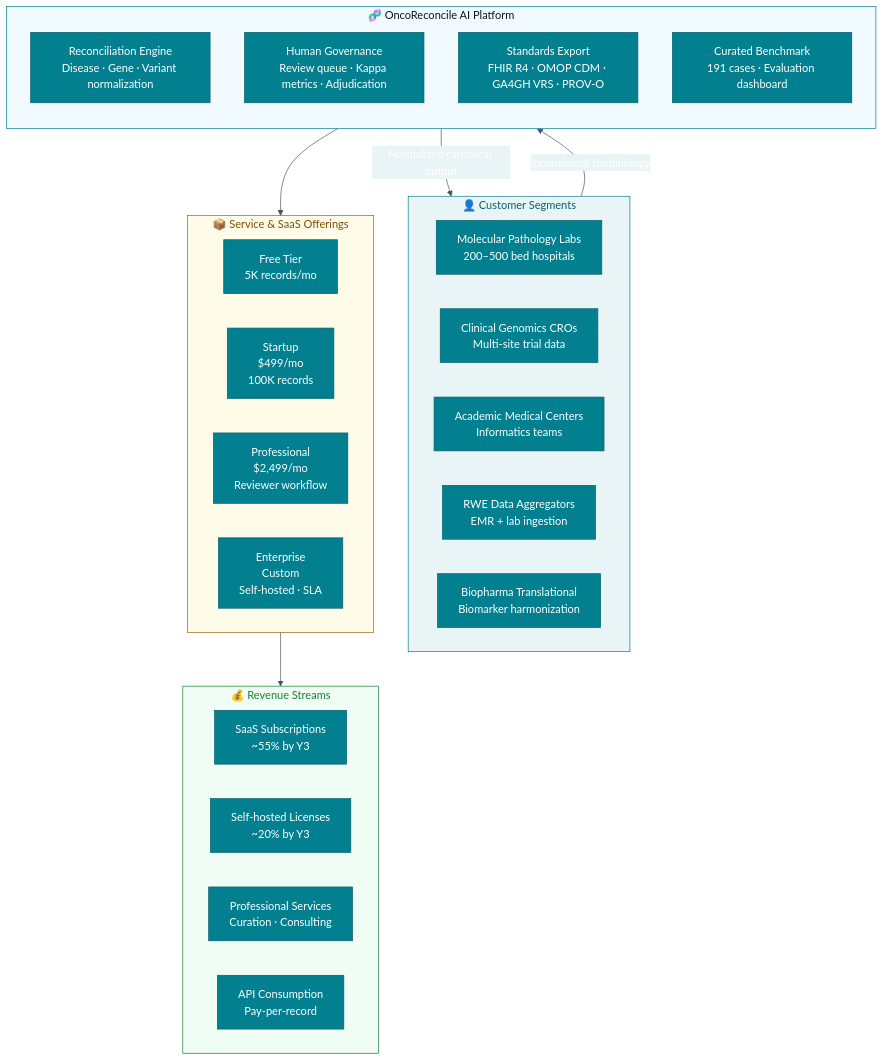
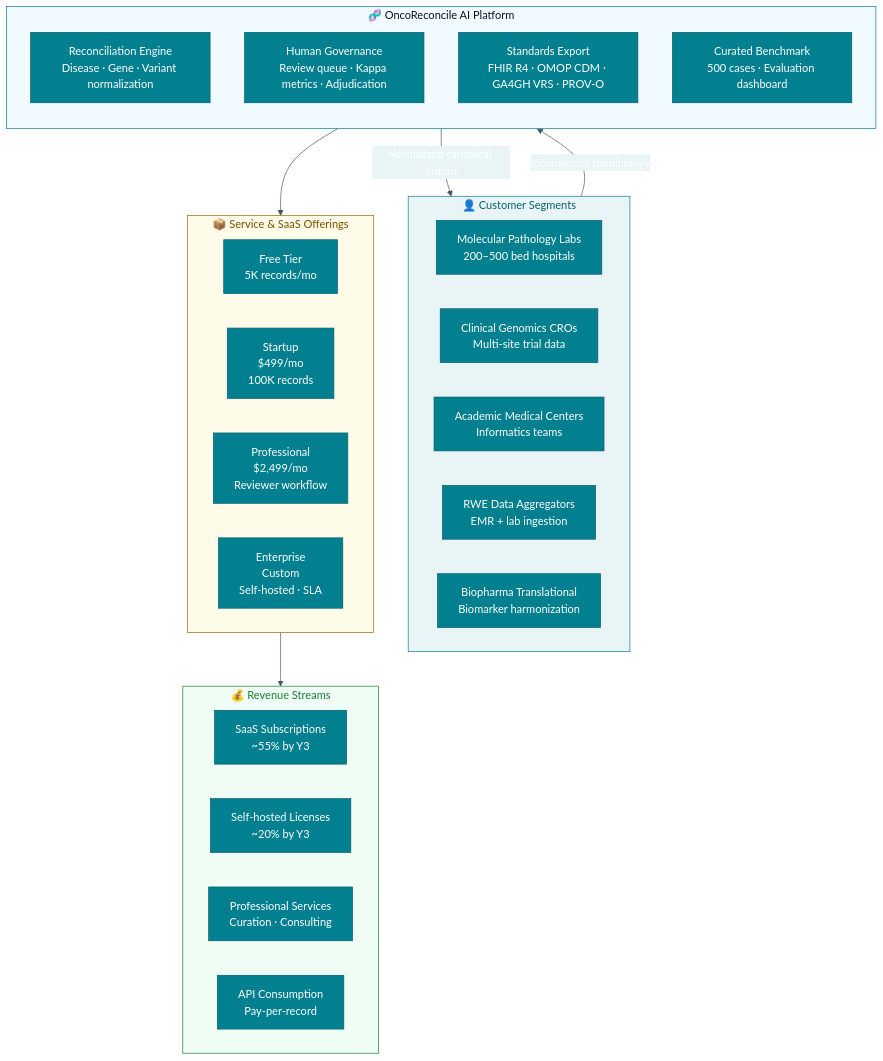
The first of 3 diagrams in docs/architecture_diagrams.md (oncoreconcile-ai/oncoreconcile-ai), drawn with Mermaid before and after one commit. The commit also changed 26 other files, not shown here.

````diff
--- a/docs/architecture_diagrams.md
+++ b/docs/architecture_diagrams.md
@@ -23,46 +23,46 @@
 ```mermaid
 %%{init: {'theme': 'base', 'themeVariables': {'primaryColor': '#028090', 'primaryTextColor': '#fff', 'primaryBorderColor': '#075f6c', 'lineColor': '#475569', 'secondaryColor': '#e8f4f6', 'tertiaryColor': '#f7f9fb'}}}%%
 flowchart TB
     subgraph Users["👤 Customer Segments"]
         direction LR
         Labs["Molecular Pathology Labs\n200–500 bed hospitals"]
         CROs["Clinical Genomics CROs\nMulti-site trial data"]
         Academic["Academic Medical Centers\nInformatics teams"]
         RWE["RWE Data Aggregators\nEMR + lab ingestion"]
         Biopharma["Biopharma Translational\nBiomarker harmonization"]
     end
 
     subgraph Platform["🧬 OncoReconcile AI Platform"]
         direction TB
         Reconcile["Reconciliation Engine\nDisease · Gene · Variant normalization"]
         Governance["Human Governance\nReview queue · Kappa metrics · Adjudication"]
         Export["Standards Export\nFHIR R4 · OMOP CDM · GA4GH VRS · PROV-O"]
-        Catalog["Curated Benchmark\n191 cases · Evaluation dashboard"]
+        Catalog["Curated Benchmark\n500 cases · Evaluation dashboard"]
     end
 
     subgraph Offerings["📦 Service & SaaS Offerings"]
         direction LR
         FreeTier["Free Tier\n5K records/mo"]
         StartupTier["Startup\n$499/mo\n100K records"]
         ProTier["Professional\n$2,499/mo\nReviewer workflow"]
         EnterpriseTier["Enterprise\nCustom\nSelf-hosted · SLA"]
     end
 
     subgraph Revenue["💰 Revenue Streams"]
         direction LR
         Subscriptions["SaaS Subscriptions\n~55% by Y3"]
         Licenses["Self-hosted Licenses\n~20% by Y3"]
         Services["Professional Services\nCuration · Consulting"]
         ApiConsumption["API Consumption\nPay-per-record"]
     end
 
     Users -->|Inconsistent terminology| Platform
     Platform -->|Normalized canonical output| Users
     Platform --> Offerings
     Offerings --> Revenue
 
     style Users fill:#e8f4f6,stroke:#028090,color:#075f6c
     style Platform fill:#f0faff,stroke:#028090,color:#0A1628
     style Offerings fill:#fefce8,stroke:#9a6700,color:#7d4e00
     style Revenue fill:#f0fdf4,stroke:#1a7f37,color:#1a7f37
 ```
````
